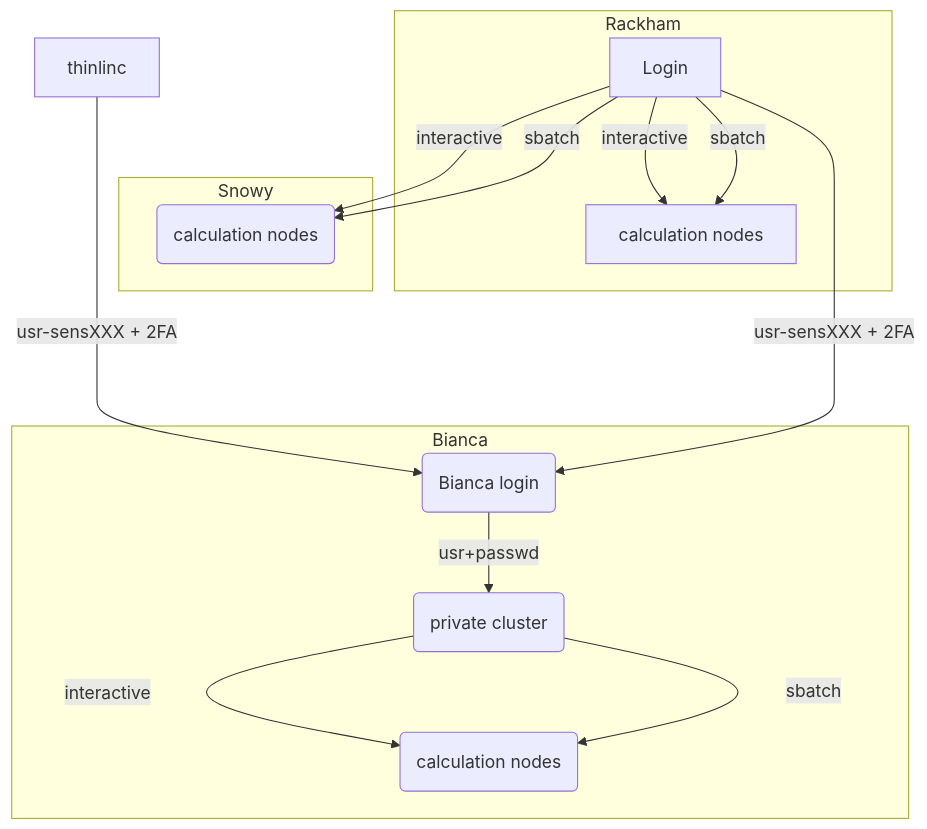
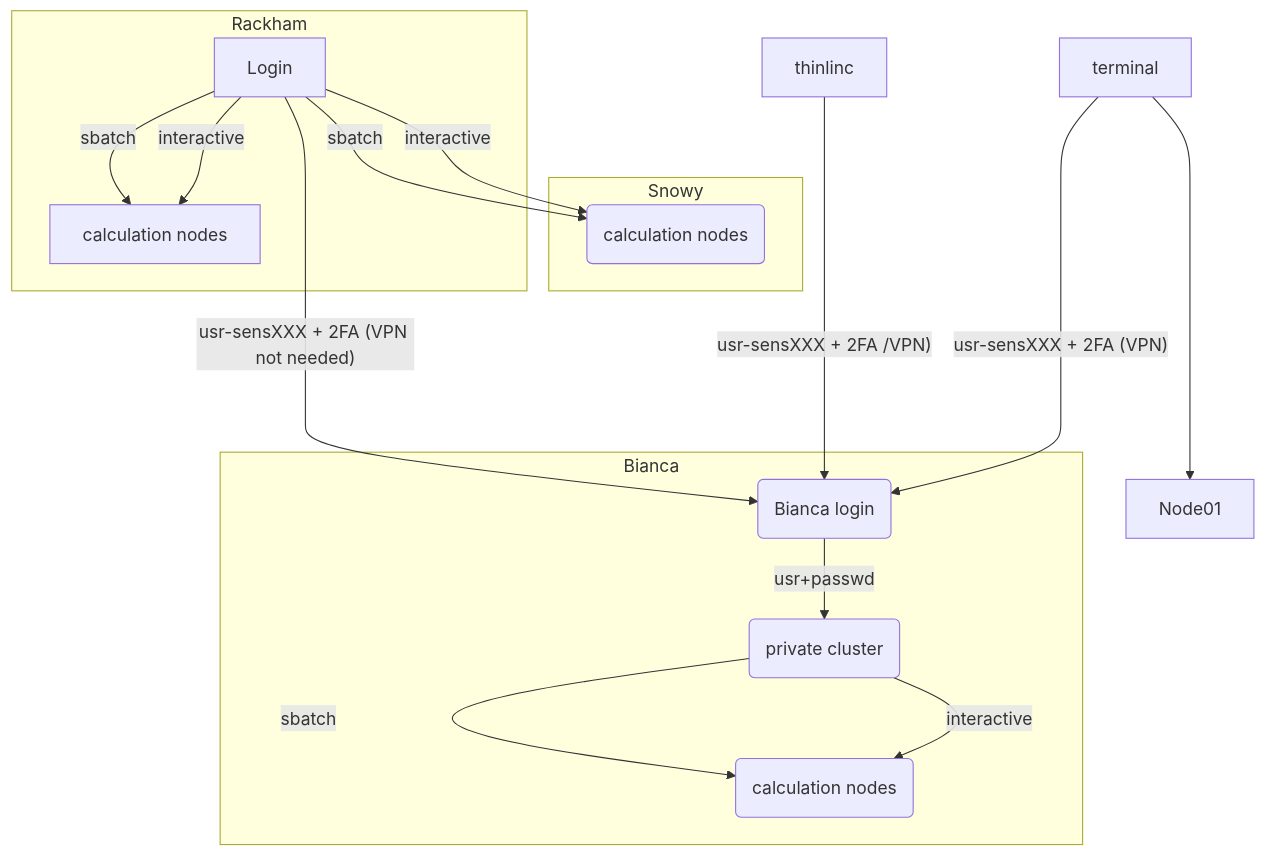
The diagram in docs/overview.md (UPPMAX/uppmax4DL), drawn with Mermaid before and after one commit.

Commit message:
update overview image

````diff
--- a/docs/overview.md
+++ b/docs/overview.md
@@ -82,23 +82,25 @@
 ```mermaid
 
   graph TB
 
   Node1 -- interactive --> SubGraph2Flow
   Node1 -- sbatch --> SubGraph2Flow
   subgraph "Snowy"
   SubGraph2Flow(calculation nodes) 
         end
 
-        thinlinc -- usr-sensXXX + 2FA----> SubGraph1Flow
-        Node1 -- usr-sensXXX + 2FA----> SubGraph1Flow
+        terminal ----> Node01
+        terminal -- usr-sensXXX + 2FA (VPN)----> SubGraph1Flow
+        thinlinc -- usr-sensXXX + 2FA /VPN)----> SubGraph1Flow
+        Node1 -- usr-sensXXX + 2FA (VPN not needed) ----> SubGraph1Flow
         subgraph "Bianca"
         SubGraph1Flow(Bianca login) -- usr+passwd --> private(private cluster)
         private -- interactive --> calcB(calculation nodes)
         private -- sbatch --> calcB
         end
 
         subgraph "Rackham"
         Node1[Login] -- interactive --> Node2[calculation nodes]
         Node1 -- sbatch --> Node2
         end
 ```
````
